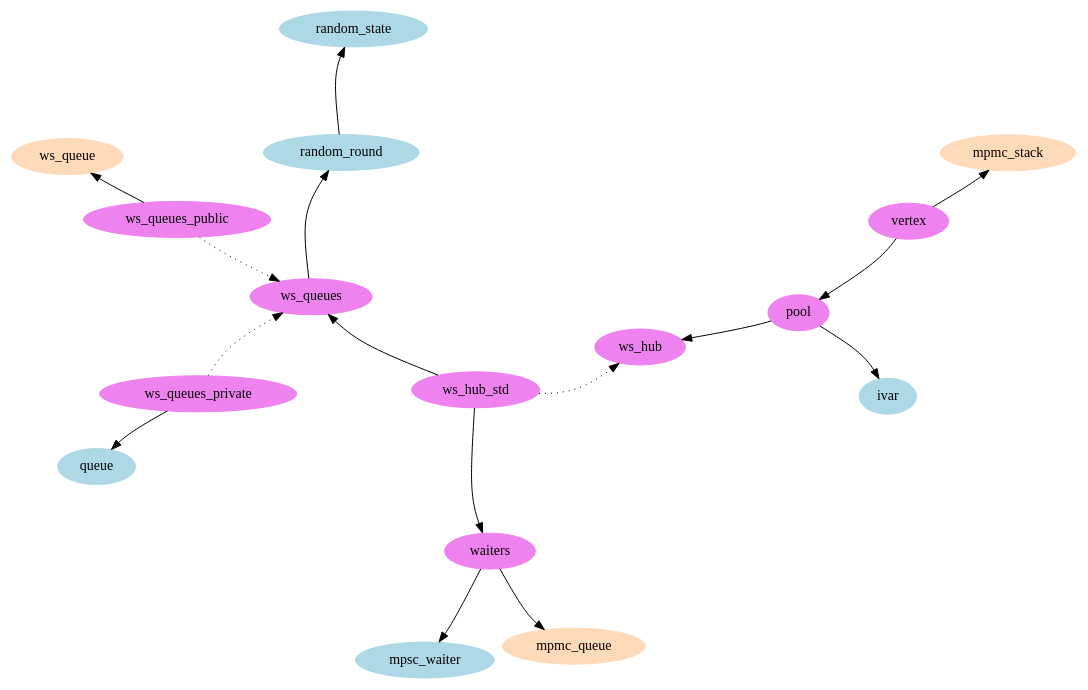
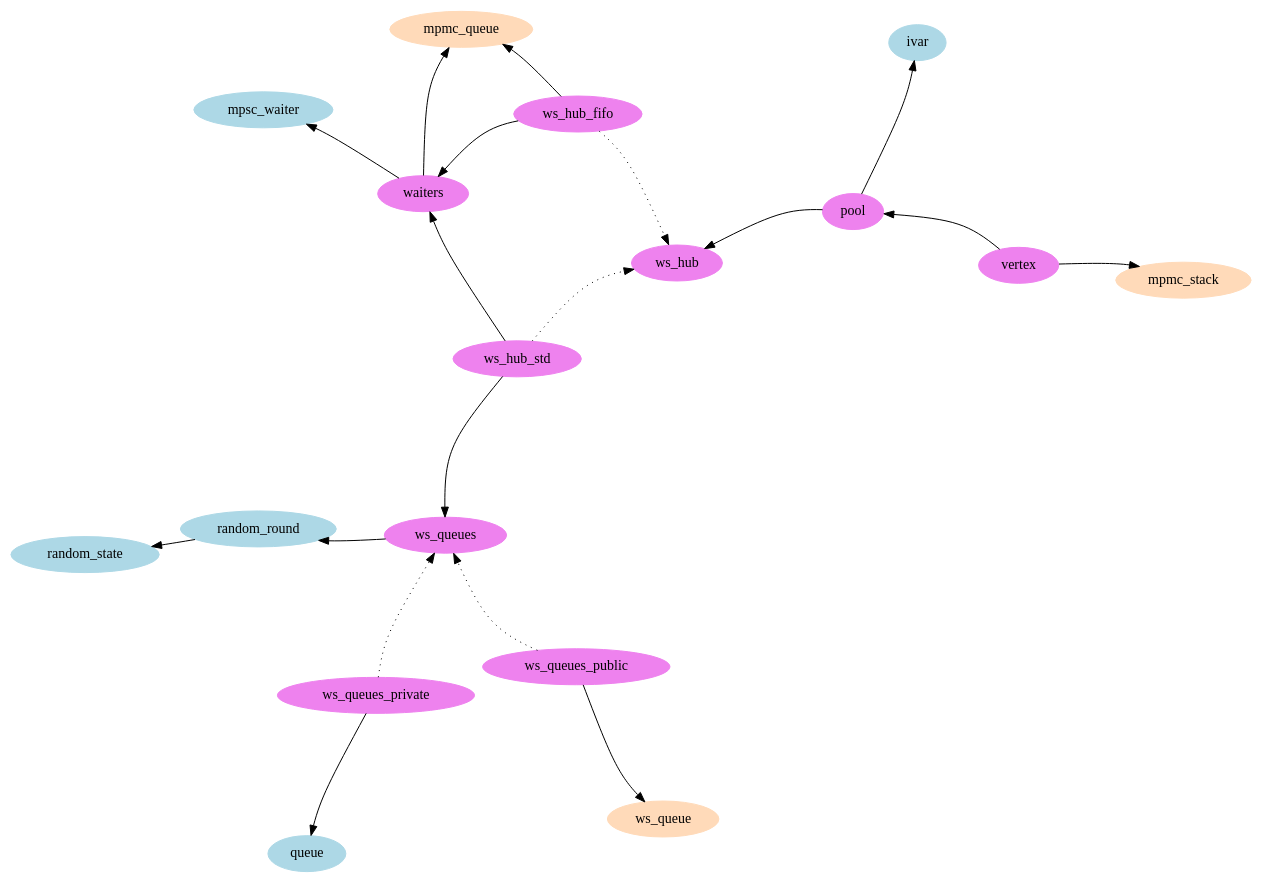
One commit to clef-men/zoo changed the diagram in doc/parabs.dot. Above: the diagram before and after it, drawn with Graphviz. The commit also changed 1 other file, not shown here.

Commit message:
doc/parabs: Add [ws_hub_fifo].

```diff
--- a/doc/parabs.dot
+++ b/doc/parabs.dot
@@ -1,59 +1,64 @@
 digraph {
-	layout=sfdp
+	layout=neato
 	overlap=false
 	splines=curved
 
-	subgraph cluster_std {
+	subgraph std {
 		label="std"
 		node [style=filled, color=lightblue]
 		random_state [label="random_state"]
 		random_round [label="random_round"]
 		queue [label="queue"]
 		mpsc_waiter [label="mpsc_waiter"]
 		ivar [label="ivar"]
 	}
 
-	subgraph cluster_saturn {
+	subgraph saturn {
 		label="saturn"
 		node [style=filled, color=peachpuff]
 		mpmc_stack [label="mpmc_stack"]
 		mpmc_queue [label="mpmc_queue"]
 		ws_queue [label="ws_queue"]
 	}
 
-	subgraph cluster_parabs {
+	subgraph parabs {
 		label="parabs"
 		node [style=filled, color=violet]
 		ws_queues [label="ws_queues"]
 		ws_queues_public [label="ws_queues_public"]
 		ws_queues_private [label="ws_queues_private"]
 		waiters [label="waiters"]
 		ws_hub [label="ws_hub"]
 		ws_hub_std [label="ws_hub_std"]
+		ws_hub_fifo [label="ws_hub_fifo"]
 		pool [label="pool"]
 		vertex [label="vertex"]
 	}
 
 	random_round -> random_state
 
 	ws_queues_public -> ws_queue
 	ws_queues_public -> ws_queues [style=dotted]
 
 	ws_queues_private -> queue
 	ws_queues_private -> ws_queues [style=dotted]
 
 	ws_queues -> random_round
 
 	waiters -> mpsc_waiter
 	waiters -> mpmc_queue
 
 	ws_hub_std -> ws_queues
 	ws_hub_std -> waiters
 	ws_hub_std -> ws_hub [style=dotted]
 
+	ws_hub_fifo -> mpmc_queue
+	ws_hub_fifo -> waiters
+	ws_hub_fifo -> ws_hub [style=dotted]
+
 	pool -> ivar
 	pool -> ws_hub
 
 	vertex -> mpmc_stack
 	vertex -> pool
 }
```
